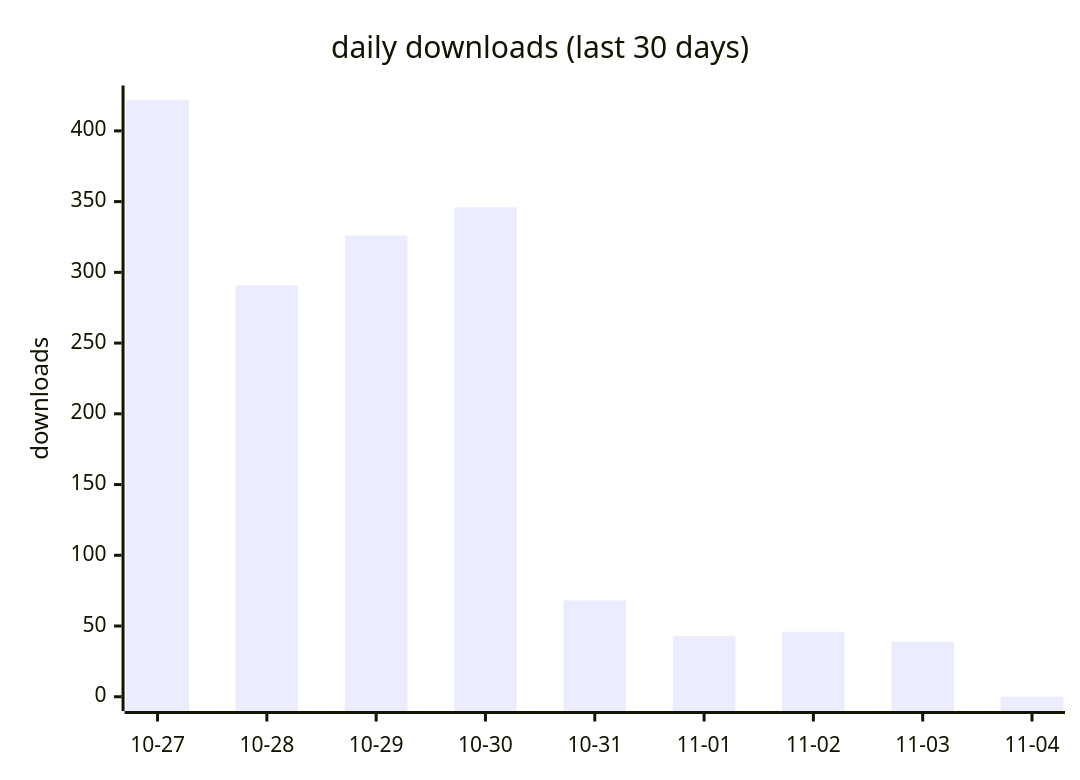
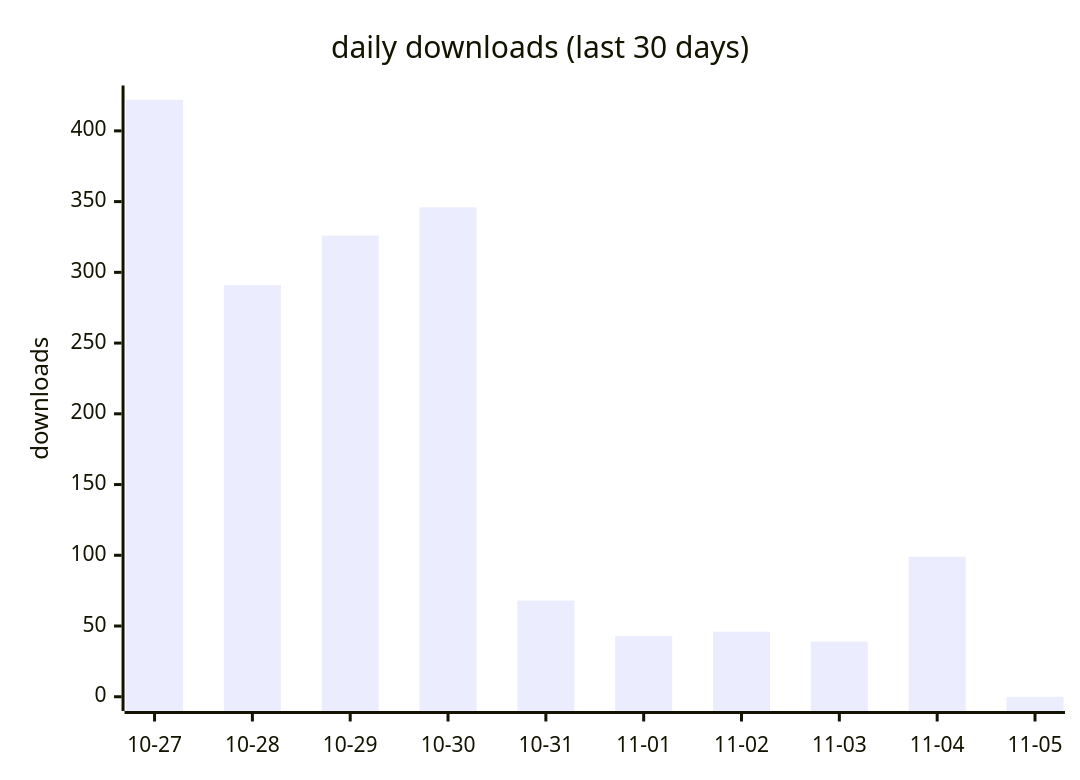
Before and after one commit to terry2010/dsh-loop-recover: the first of 2 diagrams in docs/downloads-2026.md, drawn with Mermaid. The commit also changed other lines of this file and 1 other file, not shown here.

````diff
--- a/docs/downloads-2026.md
+++ b/docs/downloads-2026.md
@@ -19,7 +19,7 @@
 ```mermaid
 xychart-beta
     title "daily downloads (last 30 days)"
-    x-axis ["10-27", "10-28", "10-29", "10-30", "10-31", "11-01", "11-02", "11-03", "11-04"]
+    x-axis ["10-27", "10-28", "10-29", "10-30", "10-31", "11-01", "11-02", "11-03", "11-04", "11-05"]
     y-axis "downloads" 0 --> 422
-    bar [422, 291, 326, 346, 68, 43, 46, 39, 0]
+    bar [422, 291, 326, 346, 68, 43, 46, 39, 99, 0]
 ```
````
